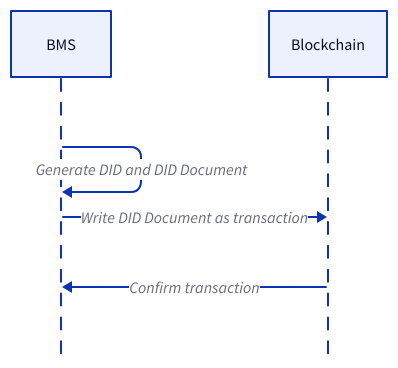
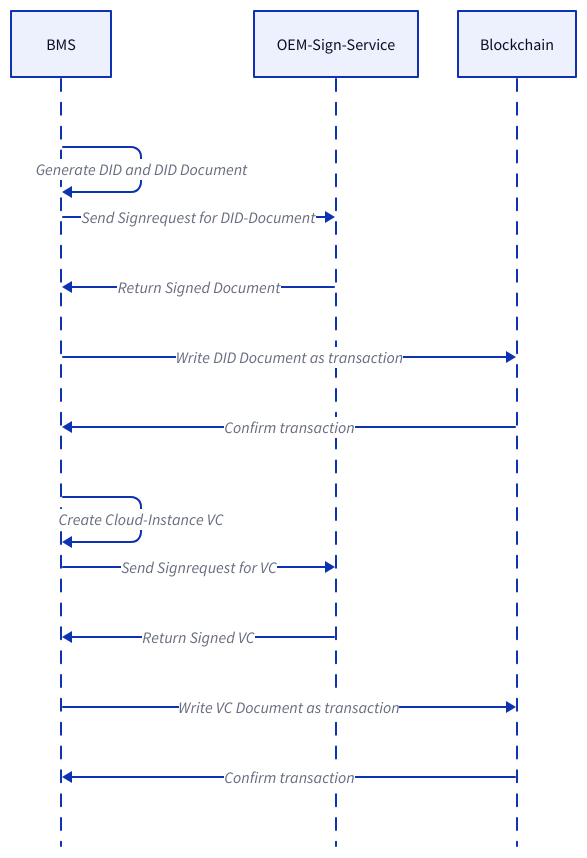
The diagram in organizational/diagrams/bms_did_creation.d2 (THI-CSI/decentralized_iam_battery_data), drawn with D2 before and after one commit. The commit also changed 29 other files, not shown here.

```diff
--- a/organizational/diagrams/bms_did_creation.d2
+++ b/organizational/diagrams/bms_did_creation.d2
@@ -1,5 +1,12 @@
 shape: sequence_diagram
 
-BMS->BMS: Generate DID and DID Document
-BMS->Blockchain: Write DID Document as transaction
-Blockchain->BMS: Confirm transaction
+BMS -> BMS: Generate DID and DID Document
+BMS -> OEM-Sign-Service: Send Signrequest for DID-Document
+OEM-Sign-Service -> BMS: Return Signed Document
+BMS -> Blockchain: Write DID Document as transaction
+Blockchain -> BMS: Confirm transaction
+BMS -> BMS: Create Cloud-Instance VC
+BMS -> OEM-Sign-Service: Send Signrequest for VC
+OEM-Sign-Service -> BMS: Return Signed VC
+BMS -> Blockchain: Write VC Document as transaction
+Blockchain -> BMS: Confirm transaction
```
